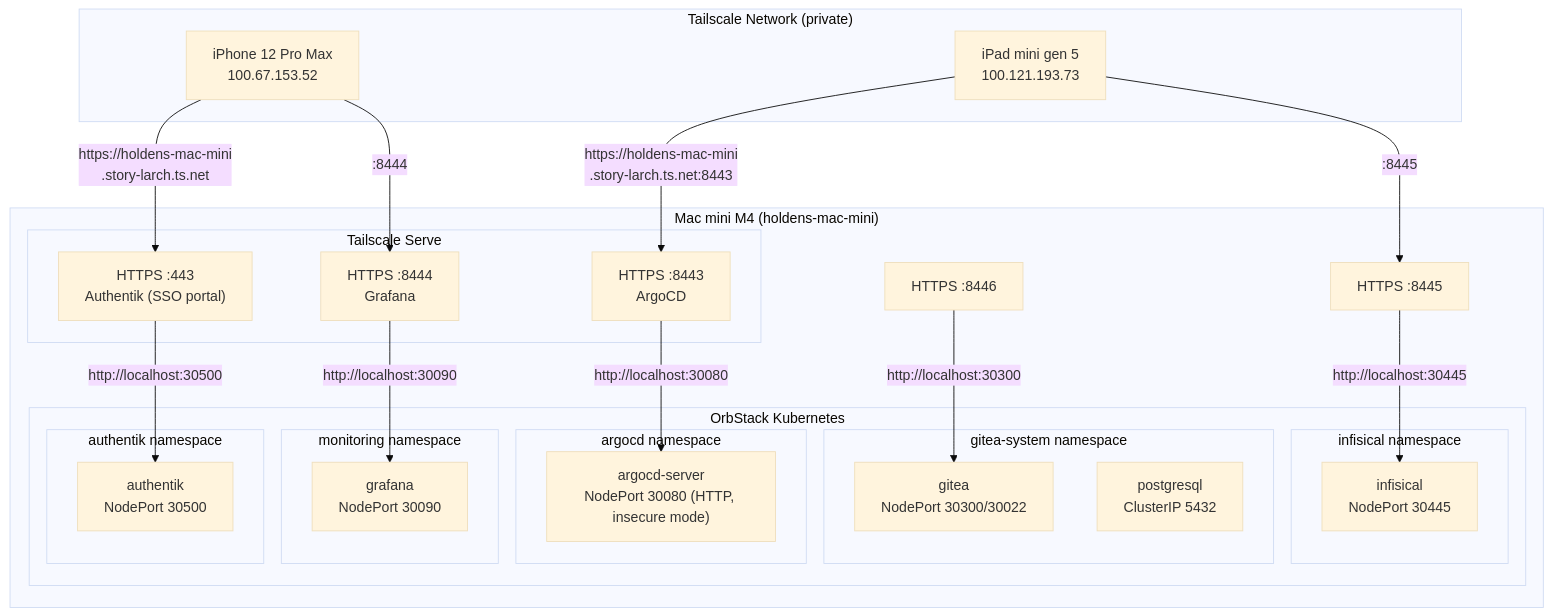
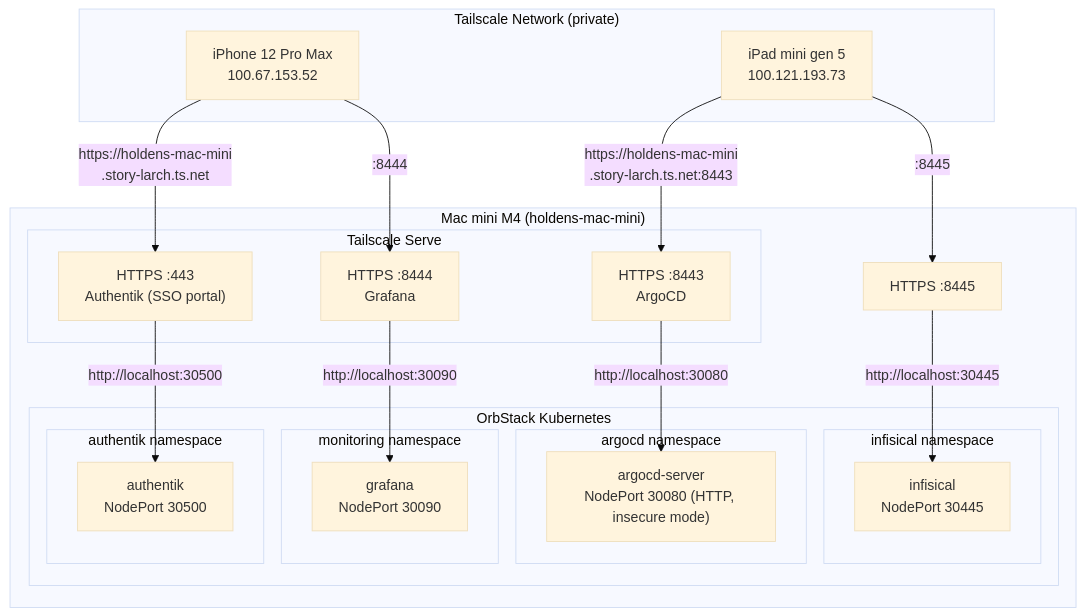
One commit to haingth77/homelab changed the first of 4 diagrams in docs/networking.md. Above: the diagram before and after it, drawn with Mermaid (base theme). The commit also changed other lines of this file and 38 other files, not shown here.

````diff
--- a/docs/networking.md
+++ b/docs/networking.md
@@ -20,45 +20,40 @@
 ```mermaid
 flowchart TD
     subgraph tailnet["Tailscale Network (private)"]
         iPhone["iPhone 12 Pro Max\n100.67.153.52"]
         iPad["iPad mini gen 5\n100.121.193.73"]
     end
 
     subgraph mac["Mac mini M4 (holdens-mac-mini)"]
         subgraph ts["Tailscale Serve"]
             TLS443["HTTPS :443\nAuthentik (SSO portal)"]
             TLS8443["HTTPS :8443\nArgoCD"]
             TLS8444["HTTPS :8444\nGrafana"]
         end
 
         subgraph orbstack["OrbStack Kubernetes"]
             subgraph authentikNs["authentik namespace"]
                 AuthentikSvc["authentik\nNodePort 30500"]
             end
             subgraph argocdNs["argocd namespace"]
                 ArgoCDSvc["argocd-server\nNodePort 30080 (HTTP, insecure mode)"]
             end
             subgraph monNs["monitoring namespace"]
                 GrafanaSvc["grafana\nNodePort 30090"]
             end
             subgraph infisicalNs["infisical namespace"]
                 InfisicalSvc["infisical\nNodePort 30445"]
             end
-            subgraph giteaNs["gitea-system namespace"]
-                GiteaSvc["gitea\nNodePort 30300/30022"]
-                PgSvc["postgresql\nClusterIP 5432"]
-            end
         end
 
         TLS443 -- "http://localhost:30500" --> AuthentikSvc
         TLS8443 -- "http://localhost:30080" --> ArgoCDSvc
         TLS8444 -- "http://localhost:30090" --> GrafanaSvc
         TLS8445["HTTPS :8445"] -- "http://localhost:30445" --> InfisicalSvc
-        TLS8446["HTTPS :8446"] -- "http://localhost:30300" --> GiteaSvc
     end
 
     iPhone -- "https://holdens-mac-mini\n.story-larch.ts.net" --> TLS443
     iPad -- "https://holdens-mac-mini\n.story-larch.ts.net:8443" --> TLS8443
     iPhone -- ":8444" --> TLS8444
     iPad -- ":8445" --> TLS8445
 ```
````
